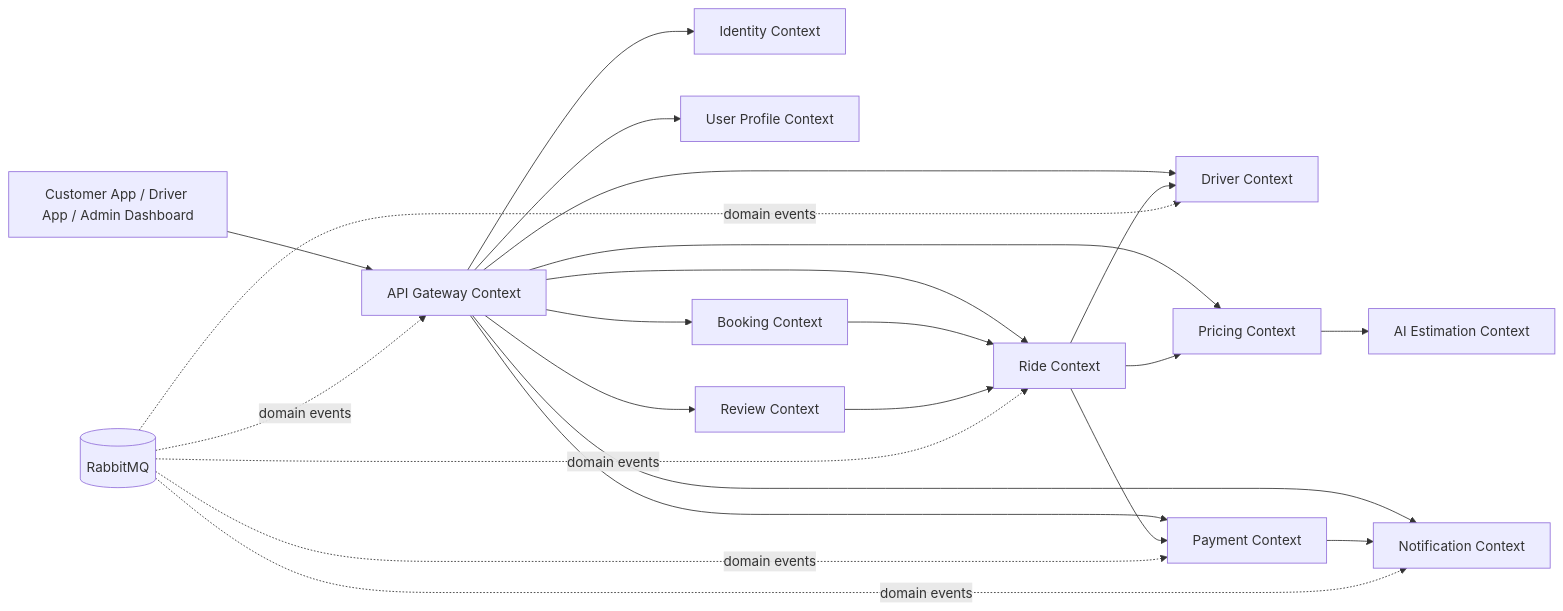
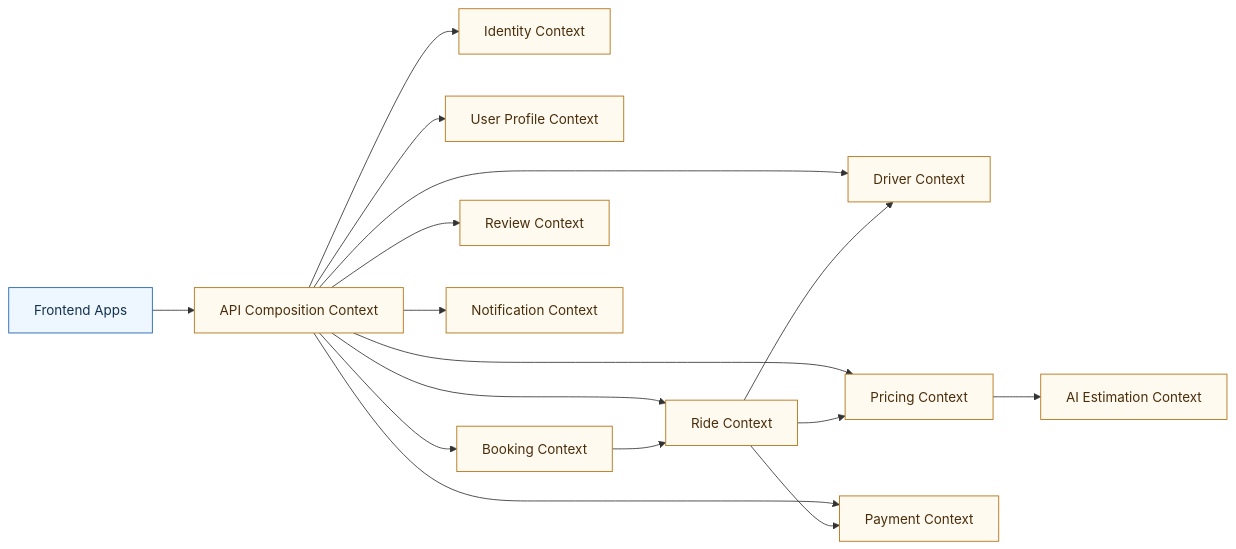
One commit to foxxiee04/Cab-Booking-System-Project changed the tenth of 20 diagrams in .doc/phantichthietkehethong.md. Above: the diagram before and after it, drawn with Mermaid. The commit also changed other lines of this file, not shown here.

````diff
--- a/.doc/phantichthietkehethong.md
+++ b/.doc/phantichthietkehethong.md
@@ -163,28 +543,23 @@
 ```mermaid
 flowchart LR
-    Client[Customer App / Driver App / Admin Dashboard] --> Gateway[API Gateway Context]
+    classDef ctx fill:#fffaf0,stroke:#b7791f,stroke-width:1.1,color:#4a2d0a
+    classDef ext fill:#eef6ff,stroke:#2b6cb0,stroke-width:1.1,color:#12324d
 
-    Gateway --> Identity[Identity Context]
-    Gateway --> UserProfile[User Profile Context]
-    Gateway --> Booking[Booking Context]
-    Gateway --> Ride[Ride Context]
-    Gateway --> Driver[Driver Context]
-    Gateway --> Pricing[Pricing Context]
-    Gateway --> Payment[Payment Context]
-    Gateway --> Review[Review Context]
-    Gateway --> Notification[Notification Context]
+    Client[Frontend Apps]:::ext --> Gateway[API Composition Context]:::ctx
+
+    Gateway --> Identity[Identity Context]:::ctx
+    Gateway --> Profile[User Profile Context]:::ctx
+    Gateway --> Booking[Booking Context]:::ctx
+    Gateway --> Ride[Ride Context]:::ctx
+    Gateway --> Driver[Driver Context]:::ctx
+    Gateway --> Pricing[Pricing Context]:::ctx
+    Gateway --> Payment[Payment Context]:::ctx
+    Gateway --> Review[Review Context]:::ctx
+    Gateway --> Notification[Notification Context]:::ctx
 
     Booking --> Ride
     Ride --> Driver
     Ride --> Pricing
     Ride --> Payment
-    Payment --> Notification
-    Review --> Ride
-    Pricing --> AI[AI Estimation Context]
-
-    EventBus[(RabbitMQ)] -. domain events .-> Gateway
-    EventBus -. domain events .-> Ride
-    EventBus -. domain events .-> Driver
-    EventBus -. domain events .-> Payment
-    EventBus -. domain events .-> Notification
+    Pricing --> AI[AI Estimation Context]:::ctx
 ```
````
